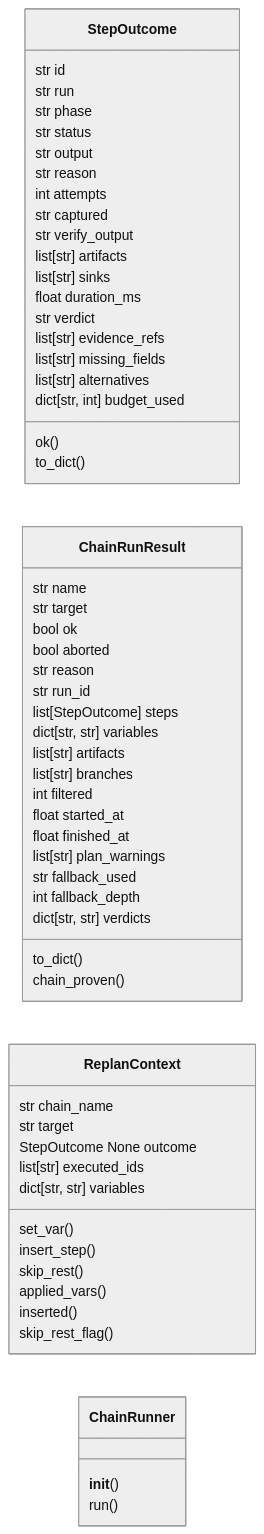
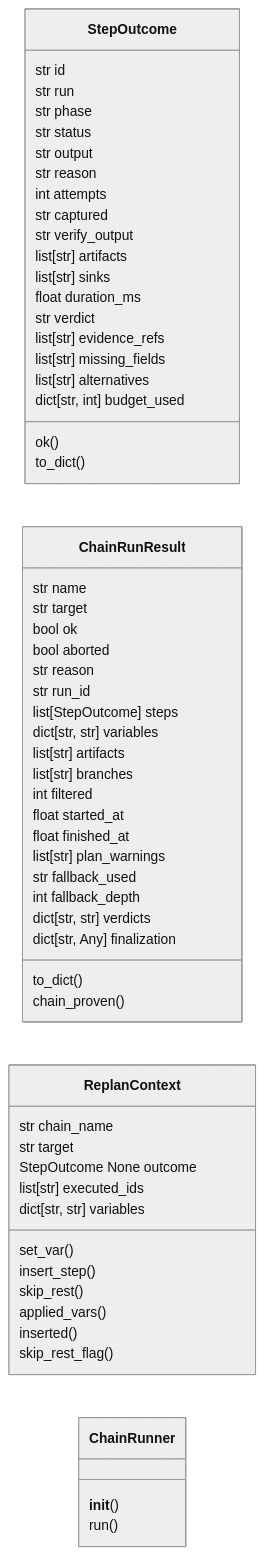
The first of 2 diagrams in readmenator-apidocs/modules/modules.chain_runner.py.md (grisuno/LazyOwn), drawn with Mermaid (neutral theme) before and after one commit. The commit also changed other lines of this file and 496 other files, not shown here.

````diff
--- a/readmenator-apidocs/modules/modules.chain_runner.py.md
+++ b/readmenator-apidocs/modules/modules.chain_runner.py.md
@@ -23,59 +23,60 @@
 ```mermaid
 classDiagram
     direction LR
     class StepOutcome
     StepOutcome : str id
     StepOutcome : str run
     StepOutcome : str phase
     StepOutcome : str status
     StepOutcome : str output
     StepOutcome : str reason
     StepOutcome : int attempts
     StepOutcome : str captured
     StepOutcome : str verify_output
     StepOutcome : list[str] artifacts
     StepOutcome : list[str] sinks
     StepOutcome : float duration_ms
     StepOutcome : str verdict
     StepOutcome : list[str] evidence_refs
     StepOutcome : list[str] missing_fields
     StepOutcome : list[str] alternatives
     StepOutcome : dict[str, int] budget_used
     StepOutcome : ok()
     StepOutcome : to_dict()
     class ChainRunResult
     ChainRunResult : str name
     ChainRunResult : str target
     ChainRunResult : bool ok
     ChainRunResult : bool aborted
     ChainRunResult : str reason
     ChainRunResult : str run_id
     ChainRunResult : list[StepOutcome] steps
     ChainRunResult : dict[str, str] variables
     ChainRunResult : list[str] artifacts
     ChainRunResult : list[str] branches
     ChainRunResult : int filtered
     ChainRunResult : float started_at
     ChainRunResult : float finished_at
     ChainRunResult : list[str] plan_warnings
     ChainRunResult : str fallback_used
     ChainRunResult : int fallback_depth
     ChainRunResult : dict[str, str] verdicts
+    ChainRunResult : dict[str, Any] finalization
     ChainRunResult : to_dict()
     ChainRunResult : chain_proven()
     class ReplanContext
     ReplanContext : str chain_name
     ReplanContext : str target
     ReplanContext : StepOutcome  None outcome
     ReplanContext : list[str] executed_ids
     ReplanContext : dict[str, str] variables
     ReplanContext : set_var()
     ReplanContext : insert_step()
     ReplanContext : skip_rest()
     ReplanContext : applied_vars()
     ReplanContext : inserted()
     ReplanContext : skip_rest_flag()
     class ChainRunner
     ChainRunner : __init__()
     ChainRunner : run()
 ```
````
